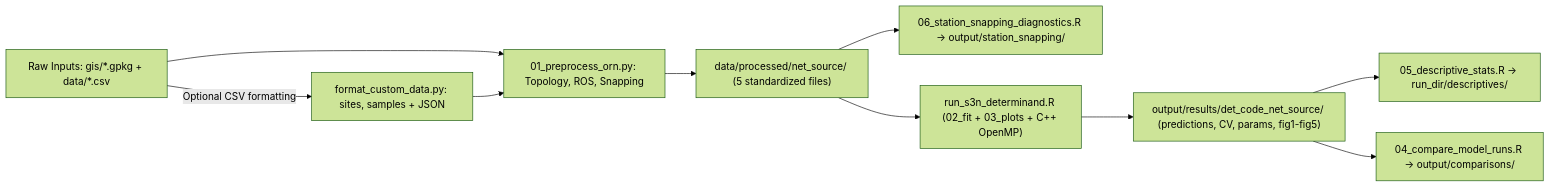
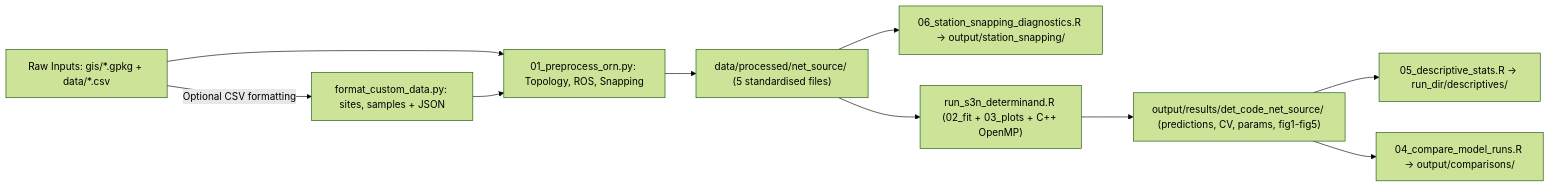
The diagram in README.md (benbell95/spatial_stream_model), drawn with Mermaid (forest theme) before and after one commit. The commit also changed other lines of this file and 21 other files, not shown here.

````diff
--- a/README.md
+++ b/README.md
@@ -64,12 +62,12 @@
 ```mermaid
 flowchart LR
     Raw["Raw Inputs: gis/*.gpkg + data/*.csv"] -->|"Optional CSV formatting"| Custom["format_custom_data.py: sites, samples + JSON"]
     Raw --> Pre["01_preprocess_orn.py: Topology, ROS, Snapping"]
     Custom --> Pre
-    Pre --> Proc["data/processed/net_source/ (5 standardized files)"]
+    Pre --> Proc["data/processed/net_source/ (5 standardised files)"]
     Proc --> Snap["06_station_snapping_diagnostics.R -> output/station_snapping/"]
     Proc --> Run["run_s3n_determinand.R (02_fit + 03_plots + C++ OpenMP)"]
     Run --> Res["output/results/det_code_net_source/ (predictions, CV, params, fig1-fig5)"]
     Res --> Desc["05_descriptive_stats.R -> run_dir/descriptives/"]
     Res --> Comp["04_compare_model_runs.R -> output/comparisons/"]
 ```
````
